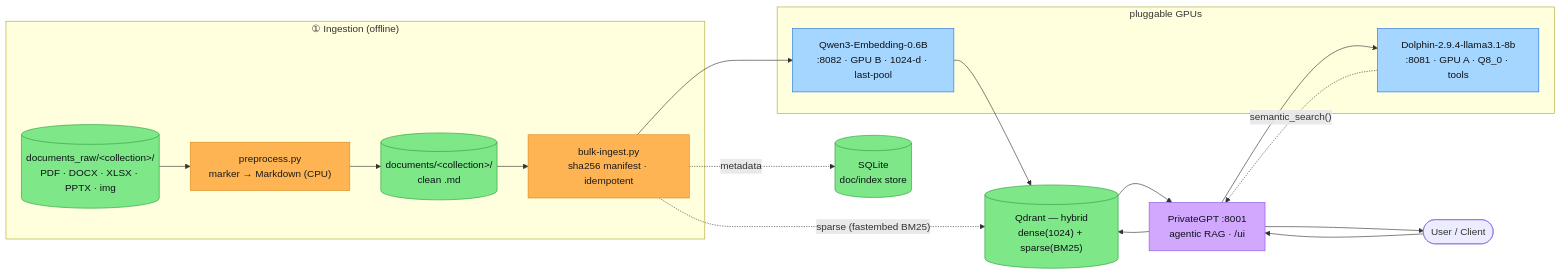
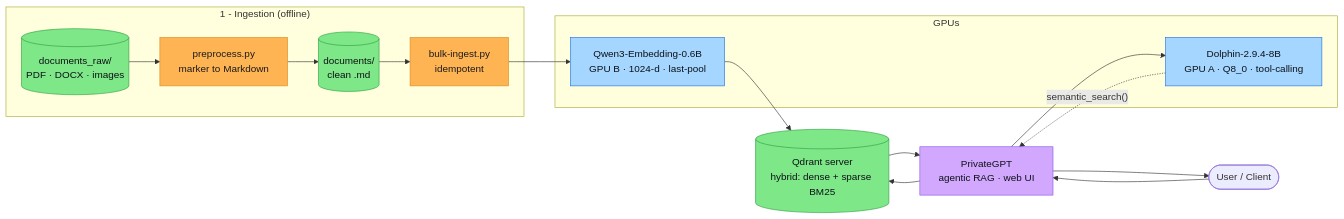
Before and after one commit to CryptoJones/RAG-Pipeline-Example: the diagram in README.md, drawn with Mermaid. The commit also changed other lines of this file, not shown here.

````diff
--- a/README.md
+++ b/README.md
@@ -27,32 +46,29 @@
 ```mermaid
 flowchart LR
-  subgraph ING["① Ingestion (offline)"]
-    raw[("documents_raw/&lt;collection&gt;/<br/>PDF · DOCX · XLSX · PPTX · img")] --> pre["preprocess.py<br/>marker → Markdown (CPU)"]
-    pre --> md[("documents/&lt;collection&gt;/<br/>clean .md")] --> ing["bulk-ingest.py<br/>sha256 manifest · idempotent"]
+  subgraph ING["1 - Ingestion (offline)"]
+    raw[("documents_raw/<br/>PDF · DOCX · images")] --> pre["preprocess.py<br/>marker to Markdown"]
+    pre --> md[("documents/<br/>clean .md")] --> ing["bulk-ingest.py<br/>idempotent"]
   end
-  subgraph HW["pluggable GPUs"]
-    emb["Qwen3-Embedding-0.6B<br/>:8082 · GPU B · 1024-d · last-pool"]
-    llm["Dolphin-2.9.4-llama3.1-8b<br/>:8081 · GPU A · Q8_0 · tools"]
+  subgraph HW["GPUs"]
+    emb["Qwen3-Embedding-0.6B<br/>GPU B · 1024-d · last-pool"]
+    llm["Dolphin-2.9.4-8B<br/>GPU A · Q8_0 · tool-calling"]
   end
-  qd[("Qdrant — hybrid<br/>dense(1024) + sparse(BM25)")]
-  sql[("SQLite<br/>doc/index store")]
-  pg["PrivateGPT :8001<br/>agentic RAG · /ui"]
+  qd[("Qdrant server<br/>hybrid: dense + sparse BM25")]
+  pg["PrivateGPT<br/>agentic RAG · web UI"]
   usr(["User / Client"])
 
   ing --> emb --> qd
-  ing -. "sparse (fastembed BM25)" .-> qd
-  ing -. metadata .-> sql
   usr --> pg --> llm
   llm -. "semantic_search()" .-> pg
   pg --> qd --> pg
   pg --> usr
 
   classDef script fill:#ffb454,stroke:#d98b1f,color:#1a1a1a;
   classDef model fill:#a5d6ff,stroke:#1f6feb,color:#0d1117;
   classDef store fill:#7ee787,stroke:#2ea043,color:#0d1117;
   classDef svc fill:#d2a8ff,stroke:#8957e5,color:#0d1117;
   class pre,ing script;
   class emb,llm model;
-  class qd,sql,raw,md store;
+  class qd,raw,md store;
   class pg svc;
 ```
````
